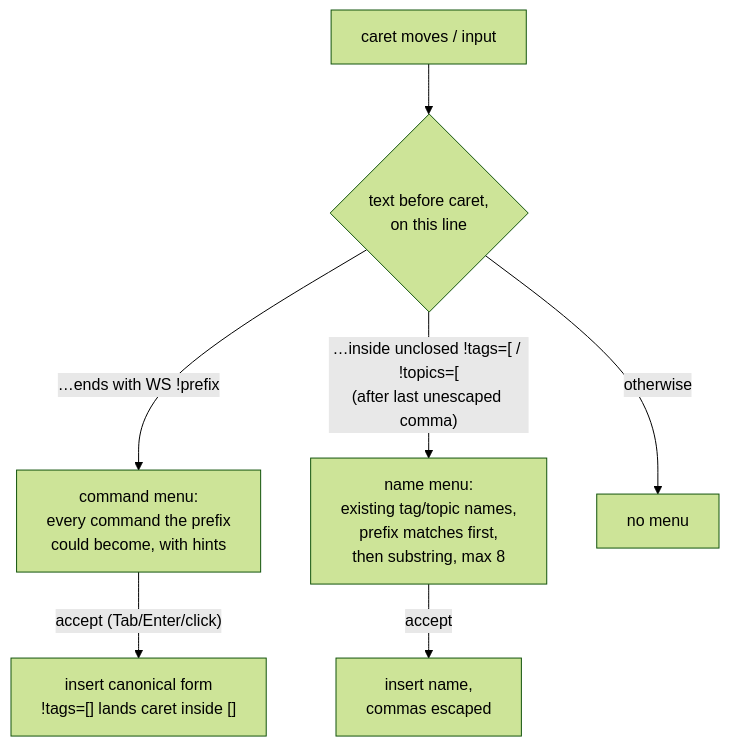
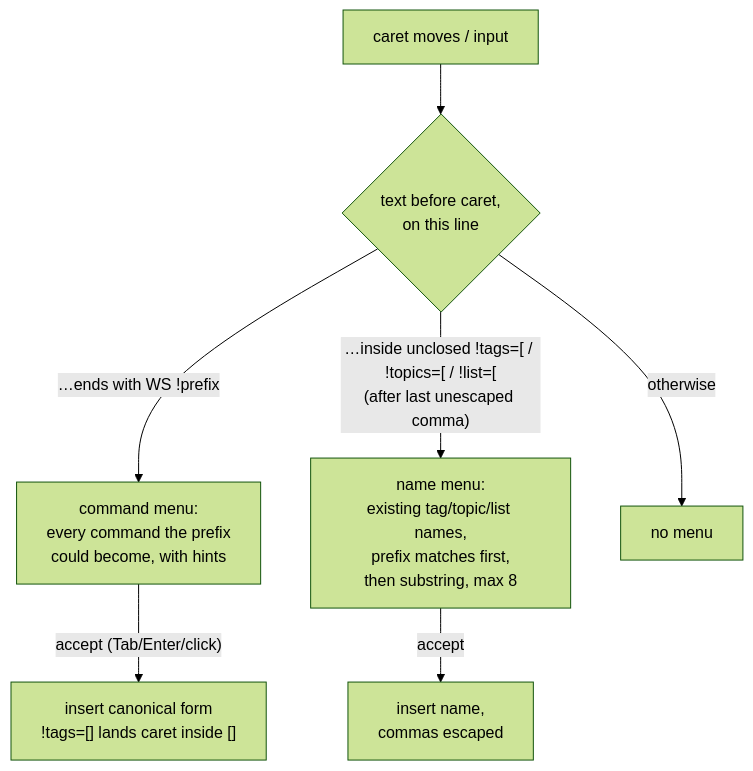
One commit to Kieran-s-Artisnal-Slop-Factory/readerr changed the second of 2 diagrams in docs/dev/link-dsl.md. Above: the diagram before and after it, drawn with Mermaid (forest theme). The commit also changed other lines of this file and 47 other files, not shown here.

````diff
--- a/docs/dev/link-dsl.md
+++ b/docs/dev/link-dsl.md
@@ -117,9 +129,9 @@
 ```mermaid
 flowchart TD
     K["caret moves / input"] --> X{"text before caret,<br/>on this line"}
     X -->|"…ends with WS !prefix"| CMD["command menu:<br/>every command the prefix<br/>could become, with hints"]
-    X -->|"…inside unclosed !tags=[ / !topics=[<br/>(after last unescaped comma)"| VAL["name menu:<br/>existing tag/topic names,<br/>prefix matches first,<br/>then substring, max 8"]
+    X -->|"…inside unclosed !tags=[ / !topics=[ / !list=[<br/>(after last unescaped comma)"| VAL["name menu:<br/>existing tag/topic/list names,<br/>prefix matches first,<br/>then substring, max 8"]
     X -->|otherwise| None["no menu"]
     CMD -->|"accept (Tab/Enter/click)"| INS1["insert canonical form<br/>!tags=[] lands caret inside []"]
     VAL -->|accept| INS2["insert name,<br/>commas escaped"]
 ```
````
